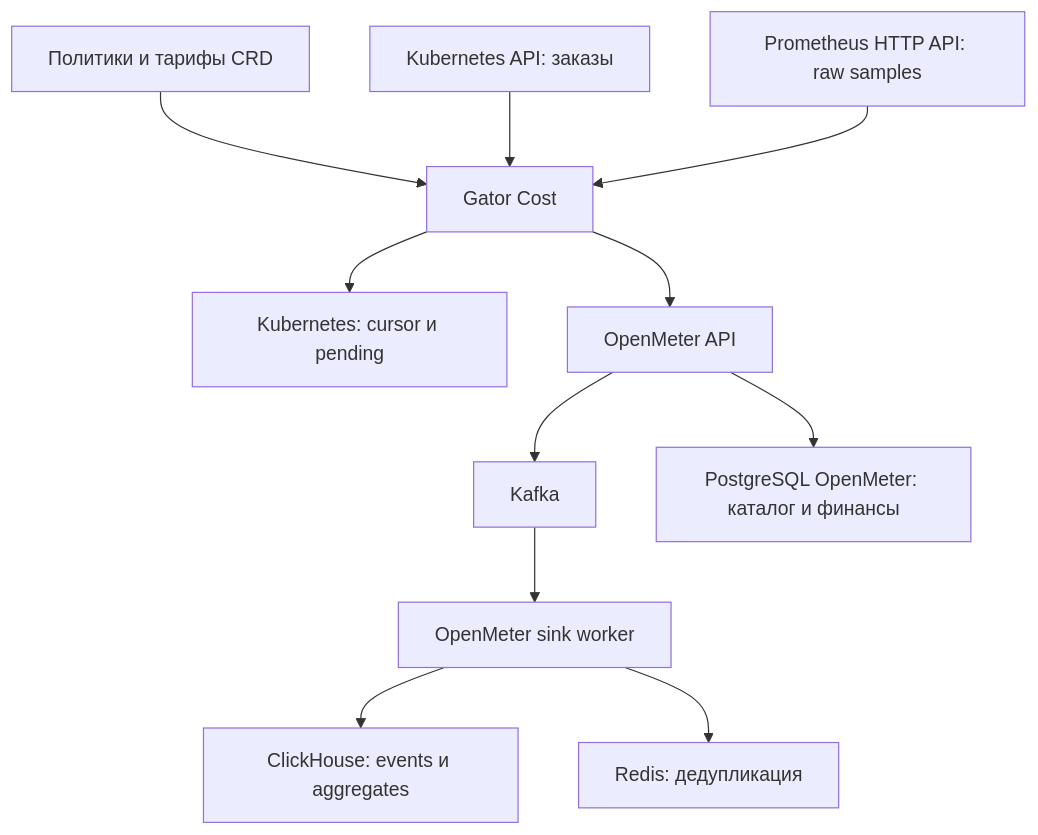
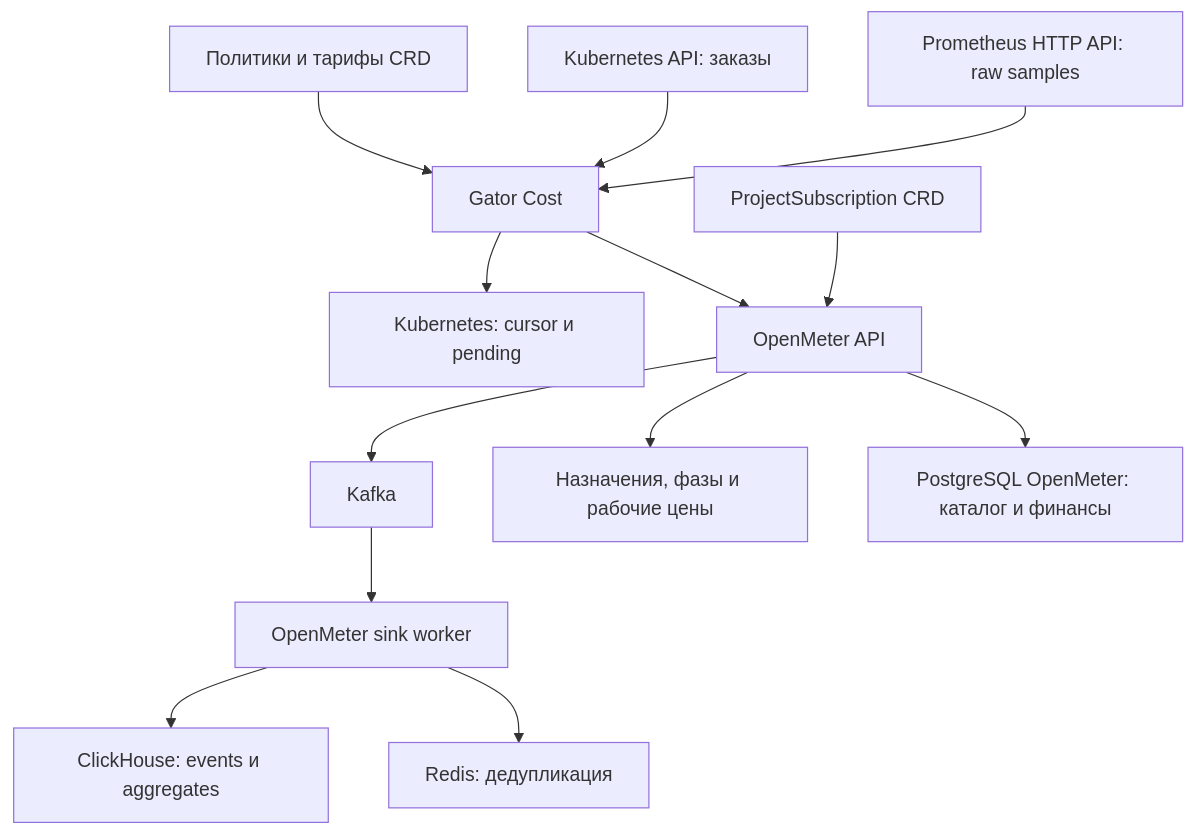
The first of 3 diagrams in docs/billing/architecture.md (gatorstack/gator-dashboard-docs), drawn with Mermaid before and after one commit. The commit also changed other lines of this file and 14 other files, not shown here.

Commit message:
Document CRD-managed project subscriptions and native billing handoff

````diff
--- a/docs/billing/architecture.md
+++ b/docs/billing/architecture.md
@@ -5,13 +5,15 @@
 ```mermaid
 flowchart TB
   config["Политики и тарифы CRD"] --> collector["Gator Cost"]
   orders["Kubernetes API: заказы"] --> collector
   metrics["Prometheus HTTP API: raw samples"] --> collector
   collector --> checkpoint["Kubernetes: cursor и pending"]
   collector --> openMeter["OpenMeter API"]
   openMeter --> transport["Kafka"]
   transport --> sink["OpenMeter sink worker"]
   sink --> history["ClickHouse: events и aggregates"]
   sink --> dedupe["Redis: дедупликация"]
+  assignments["ProjectSubscription CRD"] --> openMeter
+  openMeter --> subscriptions["Назначения, фазы и рабочие цены"]
   openMeter --> finance["PostgreSQL OpenMeter: каталог и финансы"]
 ```
````
